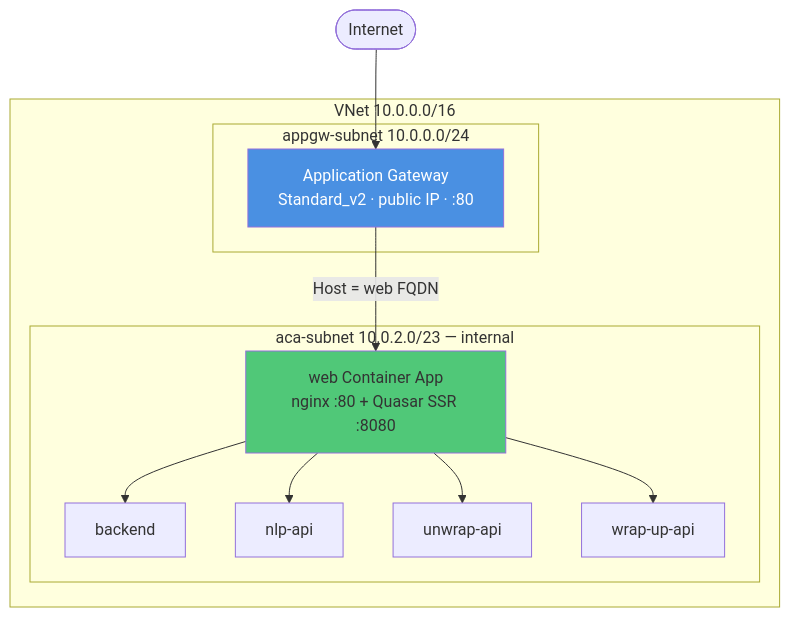
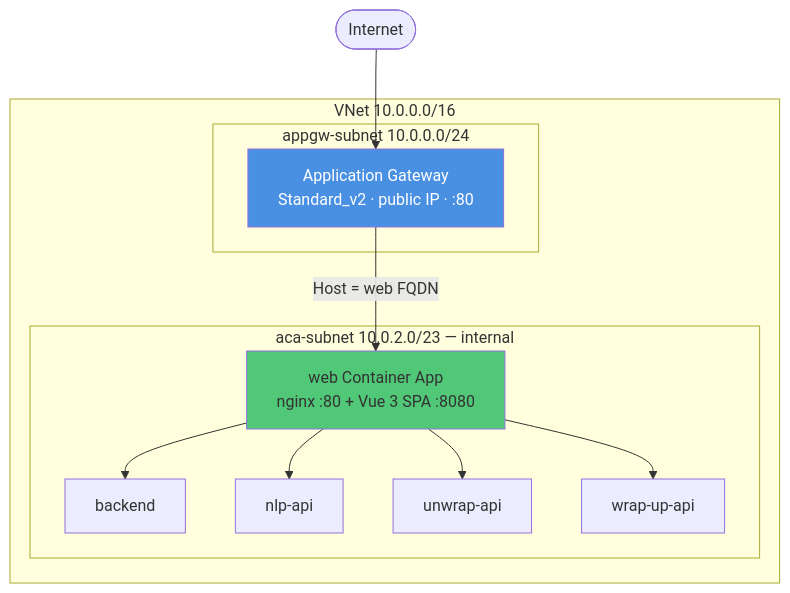
Before and after one commit to sgort/iou-architectuur: the diagram in docs/en/norm-editor/developer/deployment.md, drawn with Mermaid. The commit also changed other lines of this file and 10 other files, not shown here.

````diff
--- a/docs/en/norm-editor/developer/deployment.md
+++ b/docs/en/norm-editor/developer/deployment.md
@@ -19,28 +19,28 @@
 ```mermaid
 graph TB
     Internet([Internet])
     APPGW[Application Gateway<br/>Standard_v2 · public IP · :80]
 
     subgraph VNet["VNet 10.0.0.0/16"]
         subgraph appgw["appgw-subnet 10.0.0.0/24"]
             APPGW
         end
         subgraph aca["aca-subnet 10.0.2.0/23 — internal"]
-            WEBAPP["web Container App<br/>nginx :80 + Quasar SSR :8080"]
+            WEBAPP["web Container App<br/>nginx :80 + Vue 3 SPA :8080"]
             BACKEND[backend]
             NLP[nlp-api]
             UNWRAP[unwrap-api]
             WRAPUP[wrap-up-api]
         end
     end
 
     Internet --> APPGW
     APPGW -->|Host = web FQDN| WEBAPP
     WEBAPP --> BACKEND
     WEBAPP --> NLP
     WEBAPP --> UNWRAP
     WEBAPP --> WRAPUP
 
     style APPGW fill:#4a90e2,color:#fff
     style WEBAPP fill:#50c878
 ```
````
